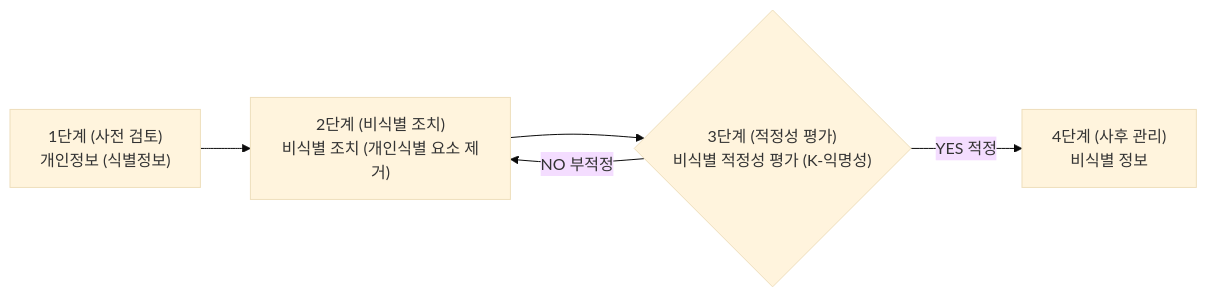
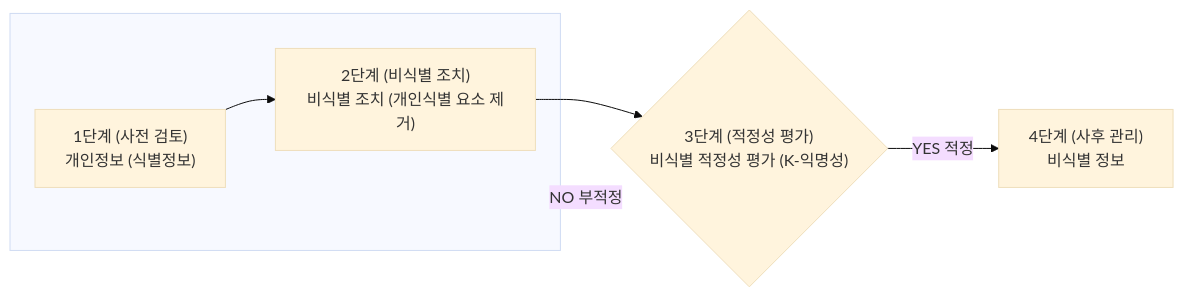
Before and after one commit to jhs512/topcit: the diagram in output/markdown/pages/page-186.md, drawn with Mermaid (base theme). The commit also changed 127 other files, not shown here.

````diff
--- a/output/markdown/pages/page-186.md
+++ b/output/markdown/pages/page-186.md
@@ -3,7 +3,9 @@
 ```mermaid
 flowchart LR
+    subgraph AB[" "]
     A["1단계 (사전 검토)<br>개인정보 (식별정보)"] --> B["2단계 (비식별 조치)<br>비식별 조치 (개인식별 요소 제거)"]
+    end
     B --> C{"3단계 (적정성 평가)<br>비식별 적정성 평가 (K-익명성)"}
     C -->|YES 적정| D["4단계 (사후 관리)<br>비식별 정보"]
-    C -->|NO 부적정| B
+    C -->|NO 부적정| AB
 ```
````
